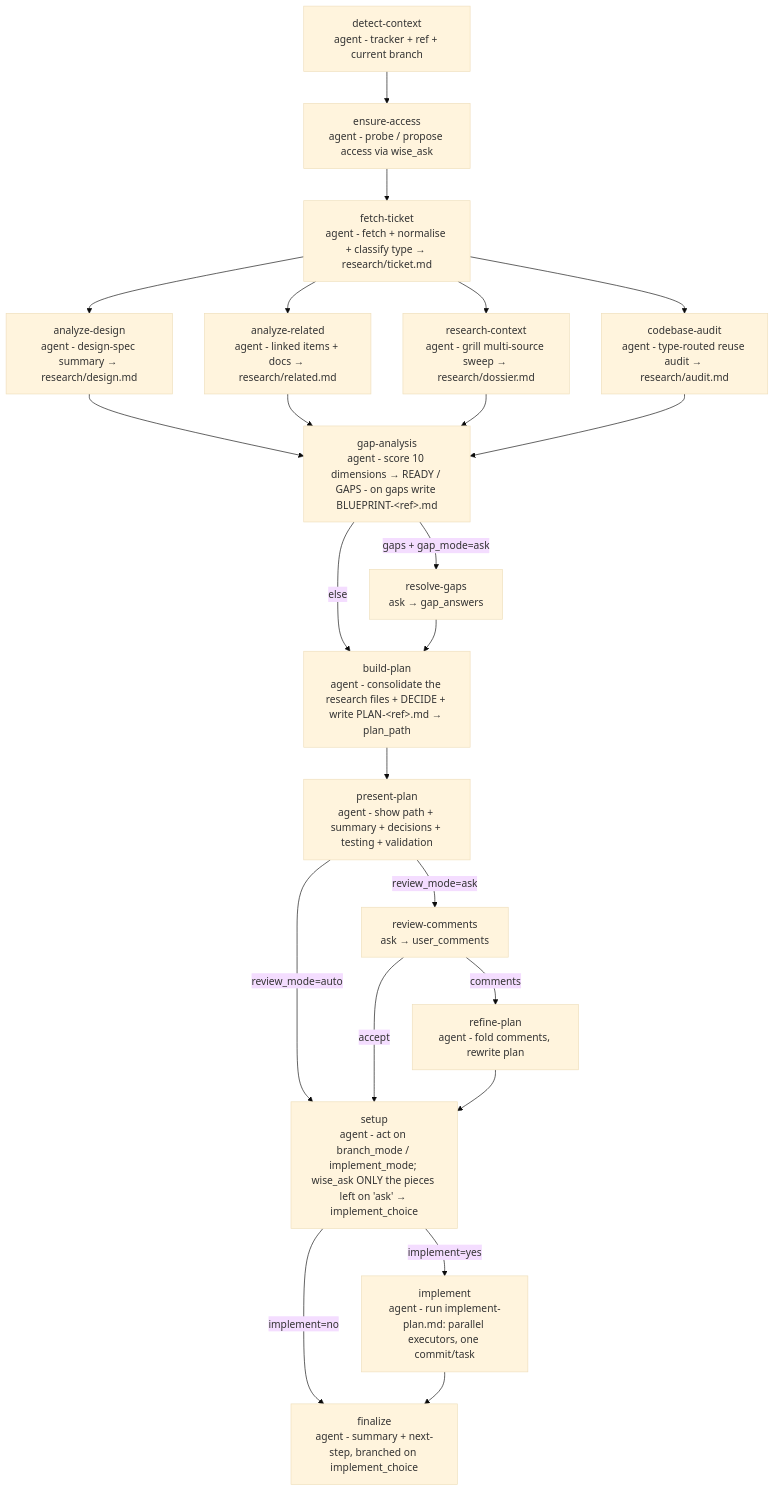
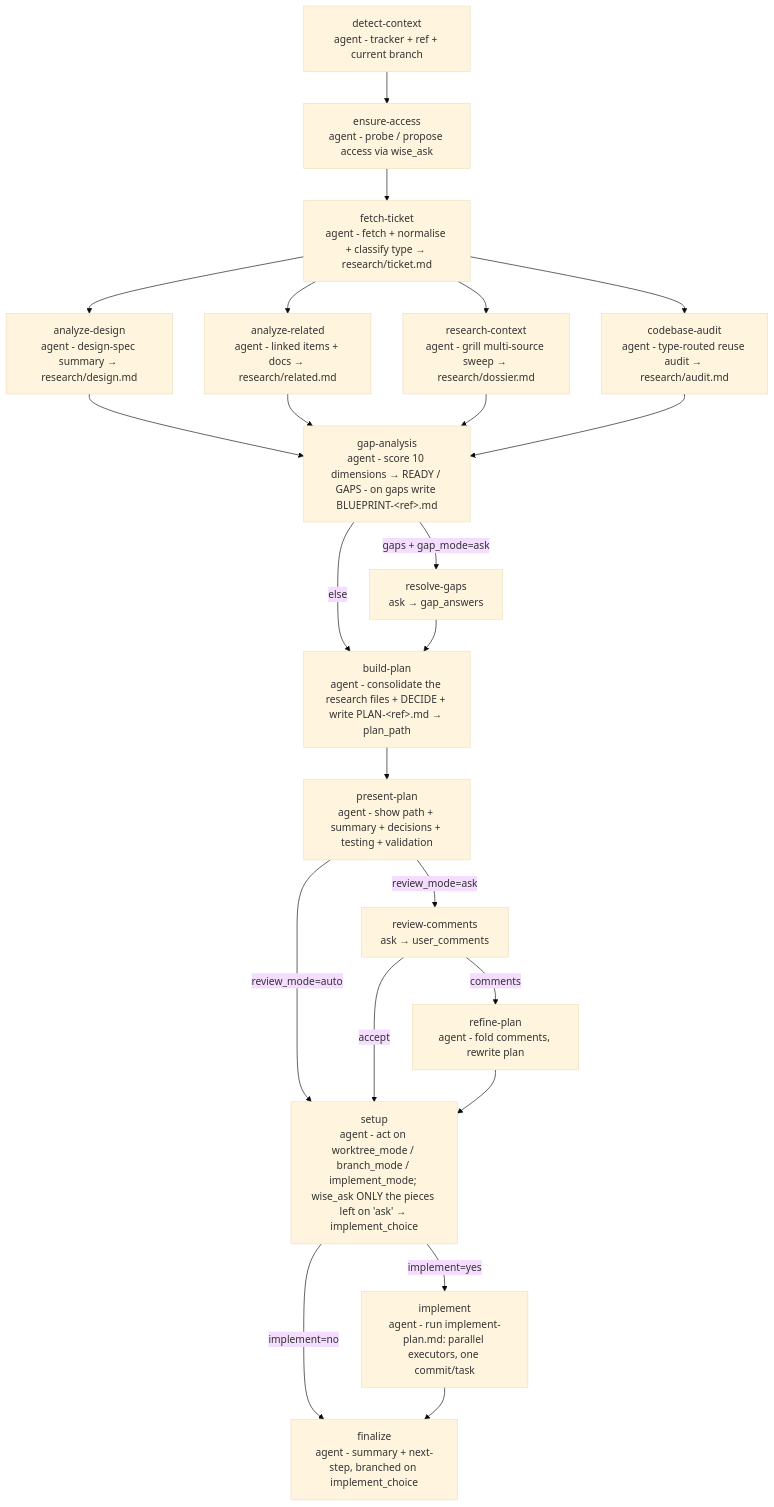
Before and after one commit to e1024kb/wise-claude: the diagram in plugins/wise/workflows/ticket-plan/README.md, drawn with Mermaid (base theme). The commit also changed other lines of this file and 14 other files, not shown here.

````diff
--- a/plugins/wise/workflows/ticket-plan/README.md
+++ b/plugins/wise/workflows/ticket-plan/README.md
@@ -74,25 +74,25 @@
 ```mermaid
 flowchart TD
     T[detect-context<br/>agent - tracker + ref + current branch] --> X[ensure-access<br/>agent - probe / propose access via wise_ask]
     X --> A[fetch-ticket<br/>agent - fetch + normalise + classify type → research/ticket.md]
     A --> C[analyze-design<br/>agent - design-spec summary → research/design.md]
     A --> D[analyze-related<br/>agent - linked items + docs → research/related.md]
     A --> RCx[research-context<br/>agent - grill multi-source sweep → research/dossier.md]
     A --> E[codebase-audit<br/>agent - type-routed reuse audit → research/audit.md]
     C --> G[gap-analysis<br/>agent - score 10 dimensions → READY / GAPS - on gaps write BLUEPRINT-&lt;ref&gt;.md]
     D --> G
     RCx --> G
     E --> G
     G -->|gaps + gap_mode=ask| RG[resolve-gaps<br/>ask → gap_answers]
     G -->|else| B
     RG --> B[build-plan<br/>agent - consolidate the research files + DECIDE + write PLAN-&lt;ref&gt;.md → plan_path]
     B --> P[present-plan<br/>agent - show path + summary + decisions + testing + validation]
     P -->|review_mode=ask| RC[review-comments<br/>ask → user_comments]
     P -->|review_mode=auto| S
     RC -->|comments| RF[refine-plan<br/>agent - fold comments, rewrite plan]
     RC -->|accept| S
-    RF --> S[setup<br/>agent - act on branch_mode / implement_mode; wise_ask ONLY the pieces left on 'ask' → implement_choice]
+    RF --> S[setup<br/>agent - act on worktree_mode / branch_mode / implement_mode; wise_ask ONLY the pieces left on 'ask' → implement_choice]
     S -->|implement=yes| IM[implement<br/>agent - run implement-plan.md: parallel executors, one commit/task]
     S -->|implement=no| FN
     IM --> FN[finalize<br/>agent - summary + next-step, branched on implement_choice]
 ```
````
